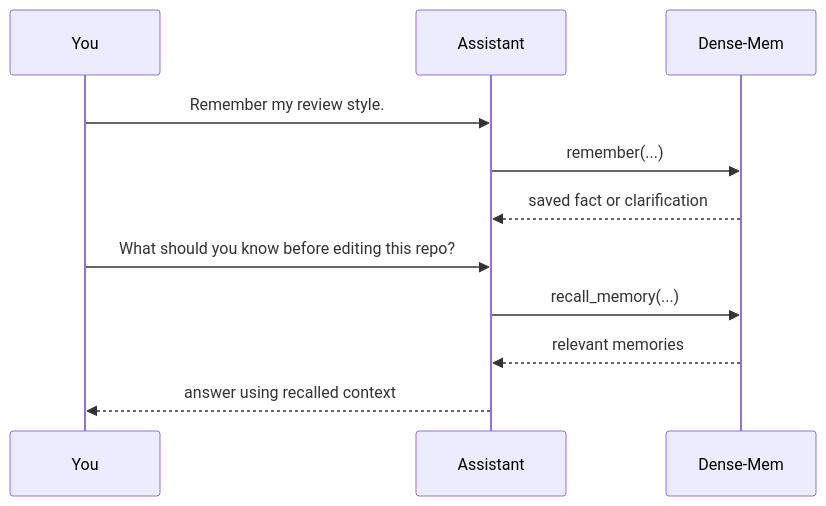
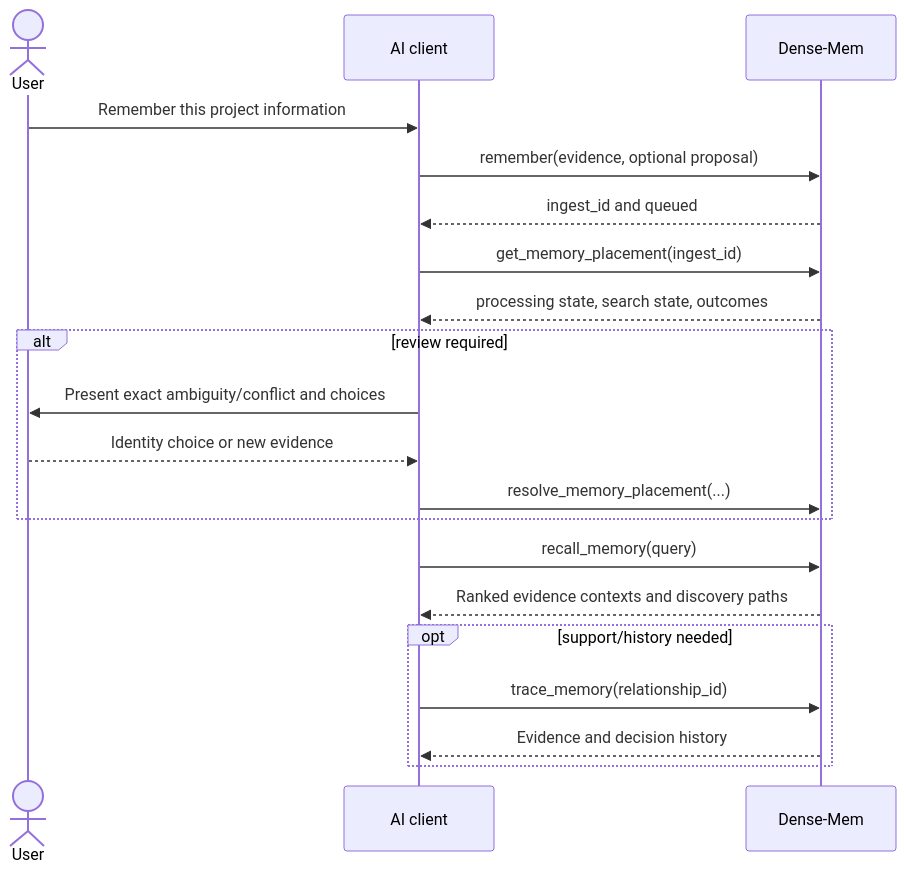
Before and after one commit to markhuangai/dense-mem: the diagram in Using-Dense-Mem.md, drawn with Mermaid. The commit also changed other lines of this file and 32 other files, not shown here.

Commit message:
Update semantic memory v2 architecture docs

````diff
--- a/Using-Dense-Mem.md
+++ b/Using-Dense-Mem.md
@@ -8,14 +13,24 @@
 ```mermaid
+%%{init: {"sequence": {"rightAngles": true}}}%%
 sequenceDiagram
-  participant You
-  participant Assistant
+  actor User
+  participant Host as AI client
   participant DM as Dense-Mem
 
-  You->>Assistant: Remember my review style.
-  Assistant->>DM: remember(...)
-  DM-->>Assistant: saved fact or clarification
-  You->>Assistant: What should you know before editing this repo?
-  Assistant->>DM: recall_memory(...)
-  DM-->>Assistant: relevant memories
-  Assistant-->>You: answer using recalled context
+  User->>Host: Remember this project information
+  Host->>DM: remember(evidence, optional proposal)
+  DM-->>Host: ingest_id and queued
+  Host->>DM: get_memory_placement(ingest_id)
+  DM-->>Host: processing state, search state, outcomes
+  alt review required
+    Host->>User: Present exact ambiguity/conflict and choices
+    User-->>Host: Identity choice or new evidence
+    Host->>DM: resolve_memory_placement(...)
+  end
+  Host->>DM: recall_memory(query)
+  DM-->>Host: Ranked evidence contexts and discovery paths
+  opt support/history needed
+    Host->>DM: trace_memory(relationship_id)
+    DM-->>Host: Evidence and decision history
+  end
 ```
````
